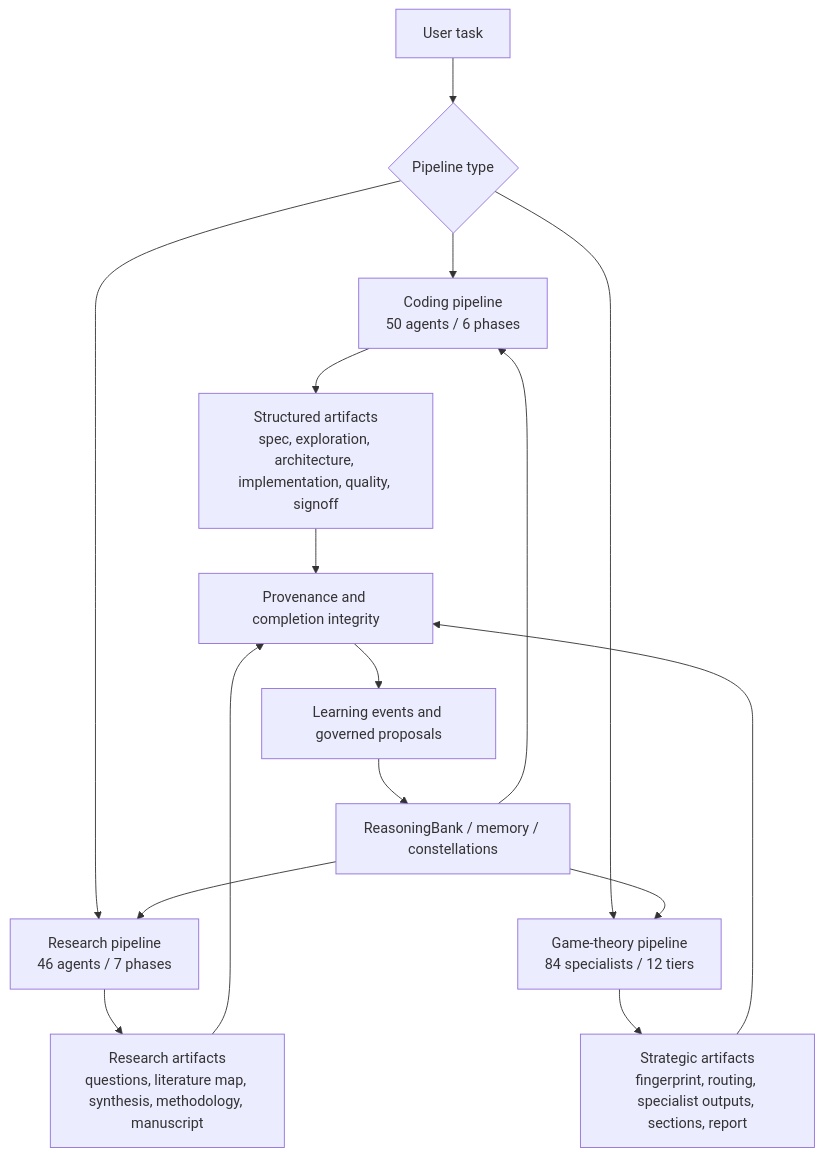
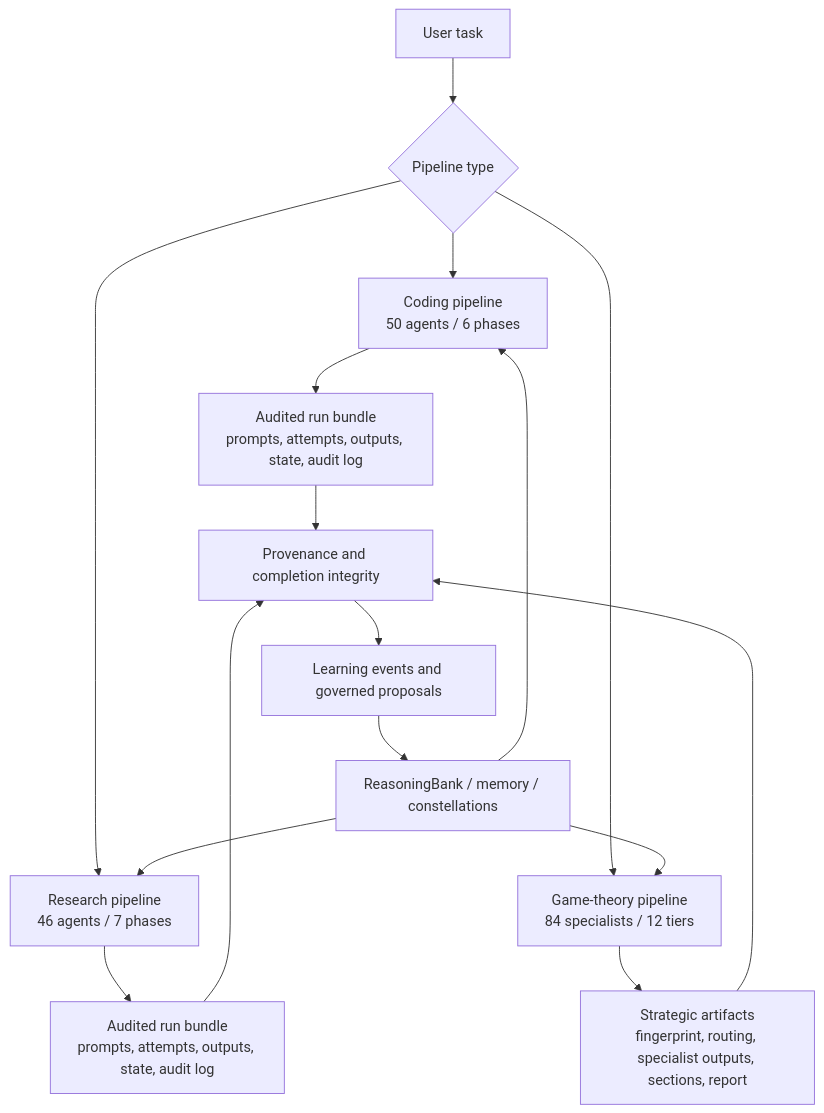
The diagram in docs/architecture/pipelines.md (ste-bah/archon-cli), drawn with Mermaid before and after one commit. The commit also changed other lines of this file and 46 other files, not shown here.

````diff
--- a/docs/architecture/pipelines.md
+++ b/docs/architecture/pipelines.md
@@ -8,20 +10,20 @@
 ```mermaid
 flowchart TB
     USER["User task"] --> CHOOSE{"Pipeline type"}
     CHOOSE --> CODE["Coding pipeline<br/>50 agents / 6 phases"]
     CHOOSE --> RESEARCH["Research pipeline<br/>46 agents / 7 phases"]
     CHOOSE --> GT["Game-theory pipeline<br/>84 specialists / 12 tiers"]
 
-    CODE --> ART["Structured artifacts<br/>spec, exploration, architecture, implementation, quality, signoff"]
-    RESEARCH --> PAPERS["Research artifacts<br/>questions, literature map, synthesis, methodology, manuscript"]
+    CODE --> ART["Audited run bundle<br/>prompts, attempts, outputs, state, audit log"]
+    RESEARCH --> PAPERS["Audited run bundle<br/>prompts, attempts, outputs, state, audit log"]
     GT --> STRAT["Strategic artifacts<br/>fingerprint, routing, specialist outputs, sections, report"]
 
     ART --> PROV["Provenance and completion integrity"]
     PAPERS --> PROV
     STRAT --> PROV
     PROV --> LEARN["Learning events and governed proposals"]
     LEARN --> RB["ReasoningBank / memory / constellations"]
     RB --> CODE
     RB --> RESEARCH
     RB --> GT
 ```
````
